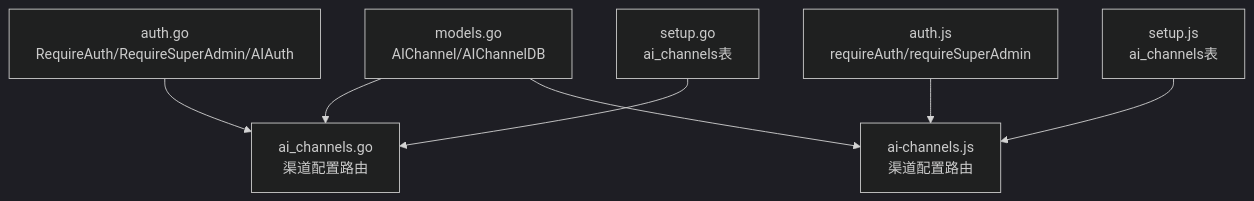
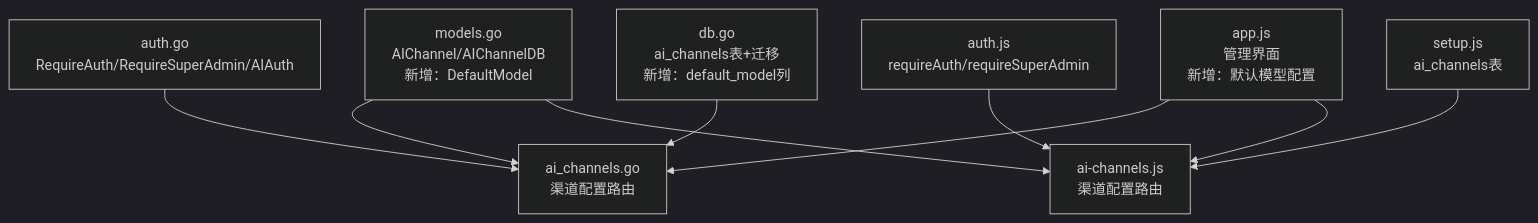
One commit to hx631580609-web/zsts-cms changed the eighth of 8 diagrams in .qoder/repowiki/zh/content/后端服务架构/API接口文档/AI渠道配置接口.md. Above: the diagram before and after it, drawn with Mermaid (dark theme). The commit also changed other lines of this file and 5 other files, not shown here.

````diff
--- a/.qoder/repowiki/zh/content/后端服务架构/API接口文档/AI渠道配置接口.md
+++ b/.qoder/repowiki/zh/content/后端服务架构/API接口文档/AI渠道配置接口.md
@@ -322,9 +406,11 @@
 ```mermaid
 graph TB
-M["models.go<br/>AIChannel/AIChannelDB"] --> R1["ai_channels.go<br/>渠道配置路由"]
+M["models.go<br/>AIChannel/AIChannelDB<br/>新增：DefaultModel"] --> R1["ai_channels.go<br/>渠道配置路由"]
 M --> R2["ai-channels.js<br/>渠道配置路由"]
 MW1["auth.go<br/>RequireAuth/RequireSuperAdmin/AIAuth"] --> R1
 MW2["auth.js<br/>requireAuth/requireSuperAdmin"] --> R2
-DB1["setup.go<br/>ai_channels表"] --> R1
-DB2["setup.js<br/>ai_channels表"] --> R2
+DB1["setup.js<br/>ai_channels表"] --> R2
+DB2["db.go<br/>ai_channels表+迁移<br/>新增：default_model列"] --> R1
+ADMIN["app.js<br/>管理界面<br/>新增：默认模型配置"] --> R1
+ADMIN --> R2
 ```
````
